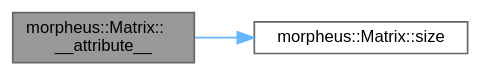
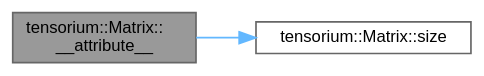
The diagram in docs/classmorpheus_1_1Matrix_acf09c23b90a388956443fd0f996cb394_cgraph.dot (TensoriumCore/Tensorium_lib), drawn with Graphviz before and after one commit. The commit also changed 3640 other files, not shown here.

```diff
--- a/docs/classmorpheus_1_1Matrix_acf09c23b90a388956443fd0f996cb394_cgraph.dot
+++ b/docs/classmorpheus_1_1Matrix_acf09c23b90a388956443fd0f996cb394_cgraph.dot
@@ -1,11 +1,11 @@
-digraph "morpheus::Matrix::__attribute__"
+digraph "tensorium::Matrix::__attribute__"
 {
  // LATEX_PDF_SIZE
   bgcolor="transparent";
   edge [fontname=Helvetica,fontsize=10,labelfontname=Helvetica,labelfontsize=10];
   node [fontname=Helvetica,fontsize=10,shape=box,height=0.2,width=0.4];
   rankdir="LR";
-  Node1 [id="Node000001",label="morpheus::Matrix::\l__attribute__",height=0.2,width=0.4,color="gray40", fillcolor="grey60", style="filled", fontcolor="black",tooltip="In-place matrix addition: this += m."];
+  Node1 [id="Node000001",label="tensorium::Matrix::\l__attribute__",height=0.2,width=0.4,color="gray40", fillcolor="grey60", style="filled", fontcolor="black",tooltip="In-place matrix addition: this += m."];
   Node1 -> Node2 [id="edge1_Node000001_Node000002",color="steelblue1",style="solid",tooltip=" "];
-  Node2 [id="Node000002",label="morpheus::Matrix::size",height=0.2,width=0.4,color="grey40", fillcolor="white", style="filled",URL="$classmorpheus_1_1Matrix.html#a9360ad4d79bc09c54f63aa81060bf267",tooltip="Return the total number of elements."];
+  Node2 [id="Node000002",label="tensorium::Matrix::size",height=0.2,width=0.4,color="grey40", fillcolor="white", style="filled",URL="$classtensorium_1_1Matrix.html#a9360ad4d79bc09c54f63aa81060bf267",tooltip="Return the total number of elements."];
 }
```
